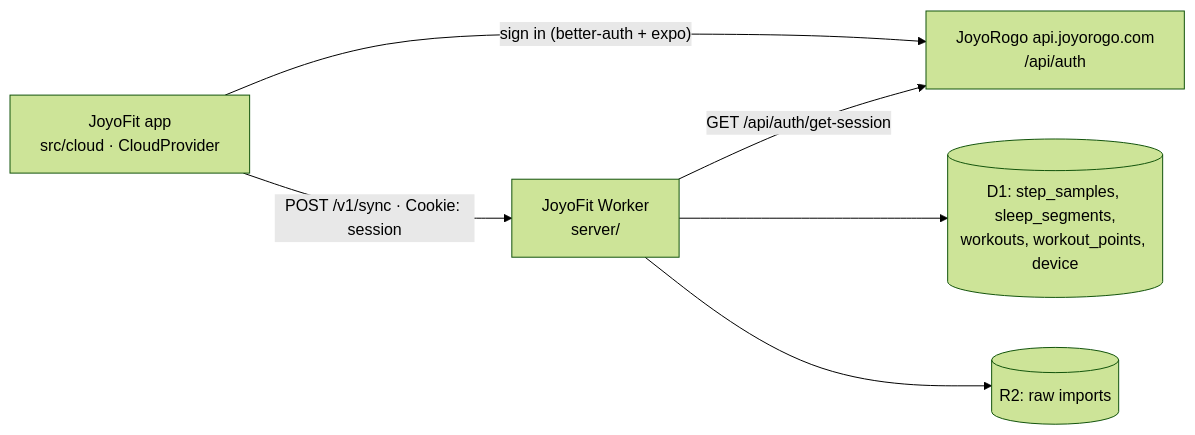
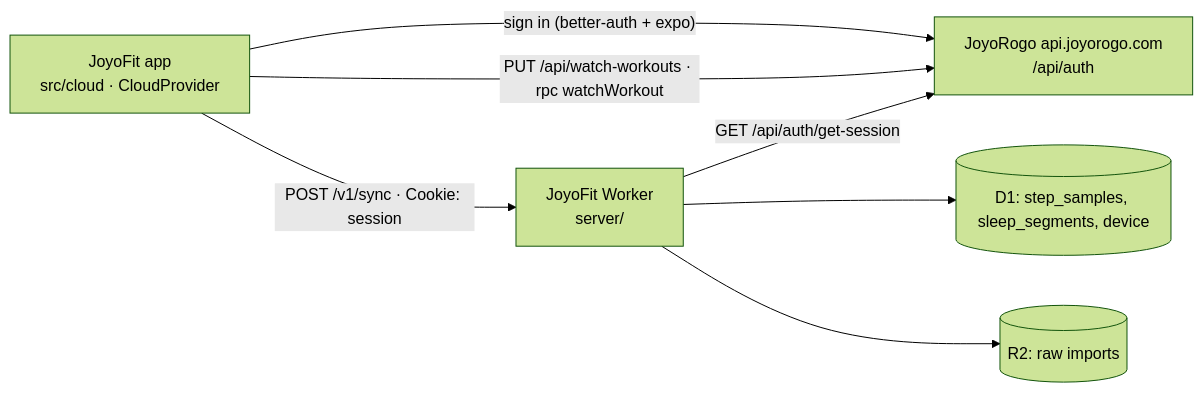
The second of 2 diagrams in README.md (David4rr/joyofit), drawn with Mermaid (forest theme) before and after one commit. The commit also changed other lines of this file and 30 other files, not shown here.

Commit message:
Cloud workouts: JoyoRogo per-workout sync, restore, wipe, Wi-Fi only and size estimates (migration 13)

````diff
--- a/README.md
+++ b/README.md
@@ -457,8 +458,9 @@
 ```mermaid
 flowchart LR
   APP[JoyoFit app<br/>src/cloud · CloudProvider] -- "sign in (better-auth + expo)" --> JR[JoyoRogo api.joyorogo.com<br/>/api/auth]
   APP -- "POST /v1/sync · Cookie: session" --> W[JoyoFit Worker<br/>server/]
+  APP -- "PUT /api/watch-workouts · rpc watchWorkout" --> JR
   W -- "GET /api/auth/get-session" --> JR
-  W --> D1[(D1: step_samples, sleep_segments,<br/>workouts, workout_points, device)]
+  W --> D1[(D1: step_samples, sleep_segments, device)]
   W --> R2[(R2: raw imports)]
 ```
````
